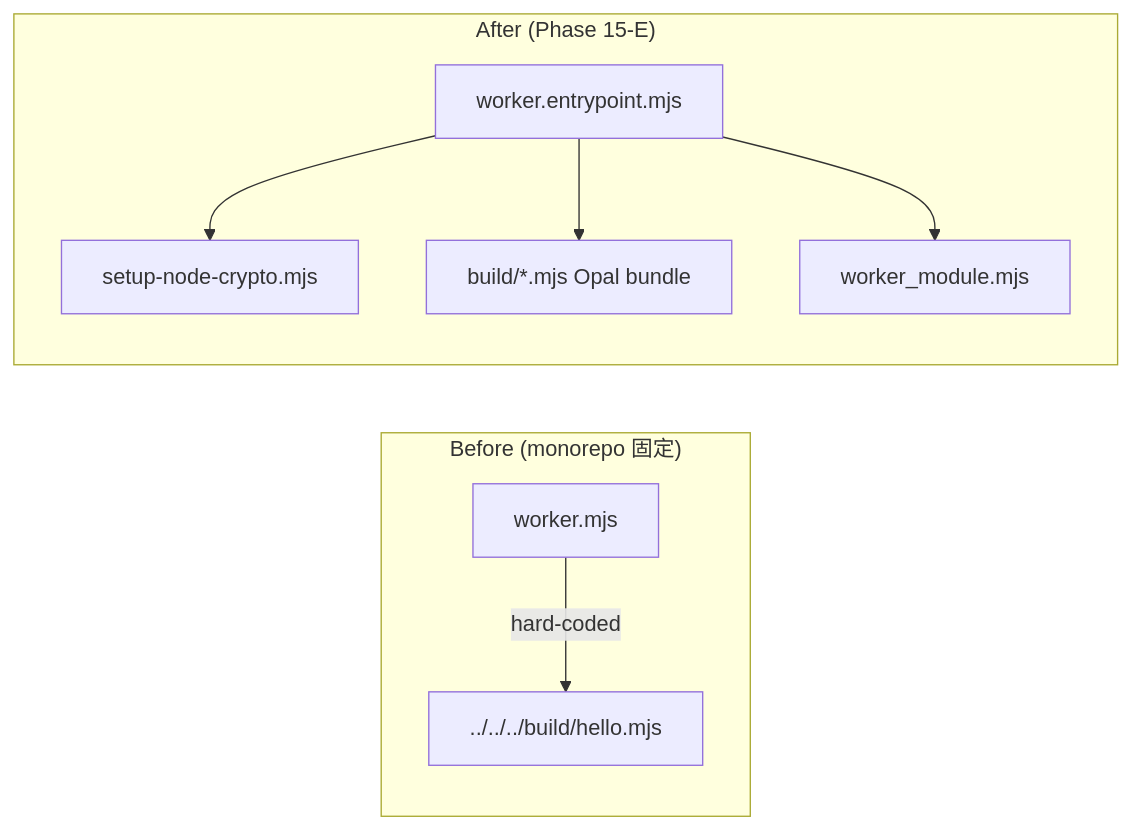
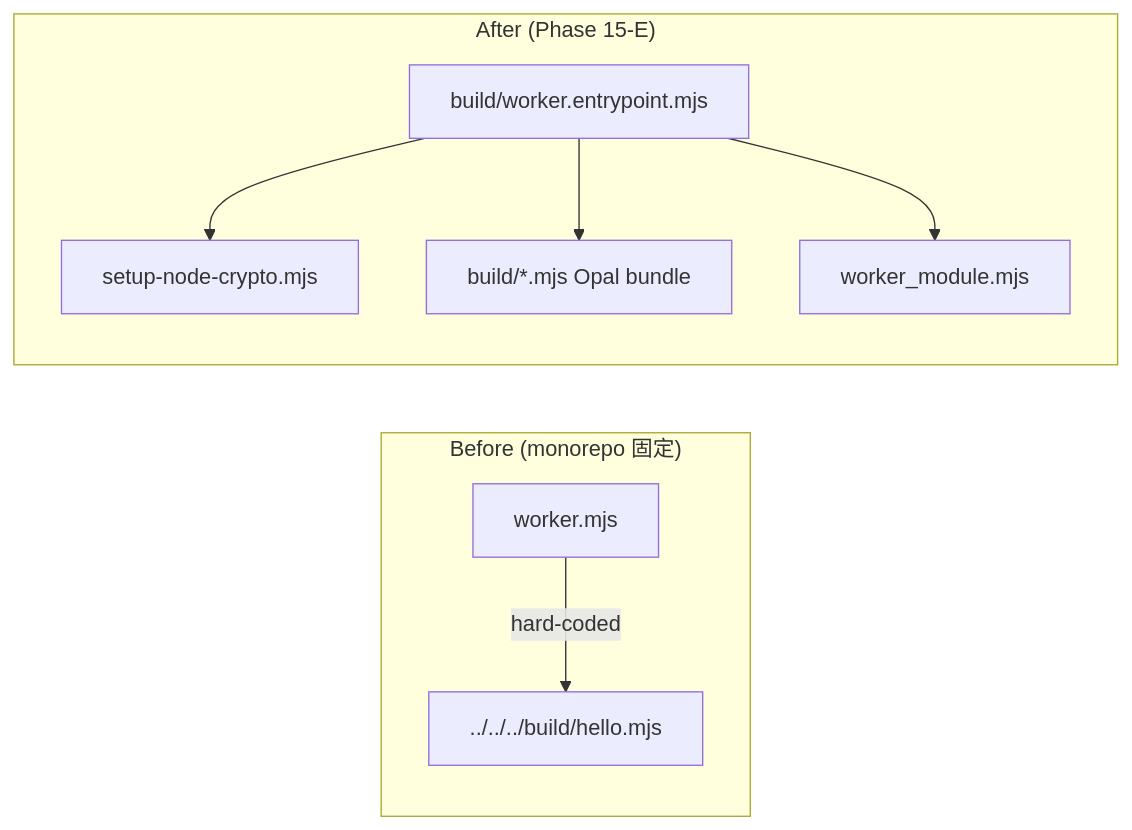
The diagram in gems/homura-runtime/docs/ARCHITECTURE.md (kazuph/homurabi), drawn with Mermaid before and after one commit. The commit also changed other lines of this file and 4 other files, not shown here.

First line of the commit message:
Update gem READMEs / scaffolder Rakefile.tt for build/-relative entrypoint

````diff
--- a/gems/homura-runtime/docs/ARCHITECTURE.md
+++ b/gems/homura-runtime/docs/ARCHITECTURE.md
@@ -18,11 +18,11 @@
 ```mermaid
 flowchart LR
   subgraph before["Before (monorepo 固定)"]
     W1[worker.mjs] -->|hard-coded| B1[../../../build/hello.mjs]
   end
   subgraph after["After (Phase 15-E)"]
-    E[worker.entrypoint.mjs] --> S[setup-node-crypto.mjs]
+    E[build/worker.entrypoint.mjs] --> S[setup-node-crypto.mjs]
     E --> O[build/*.mjs Opal bundle]
     E --> M[worker_module.mjs]
   end
 ```
````
